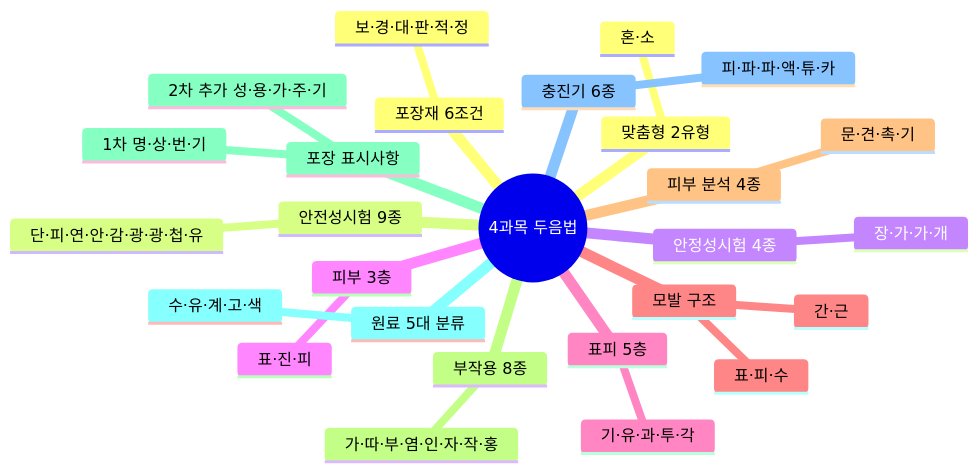
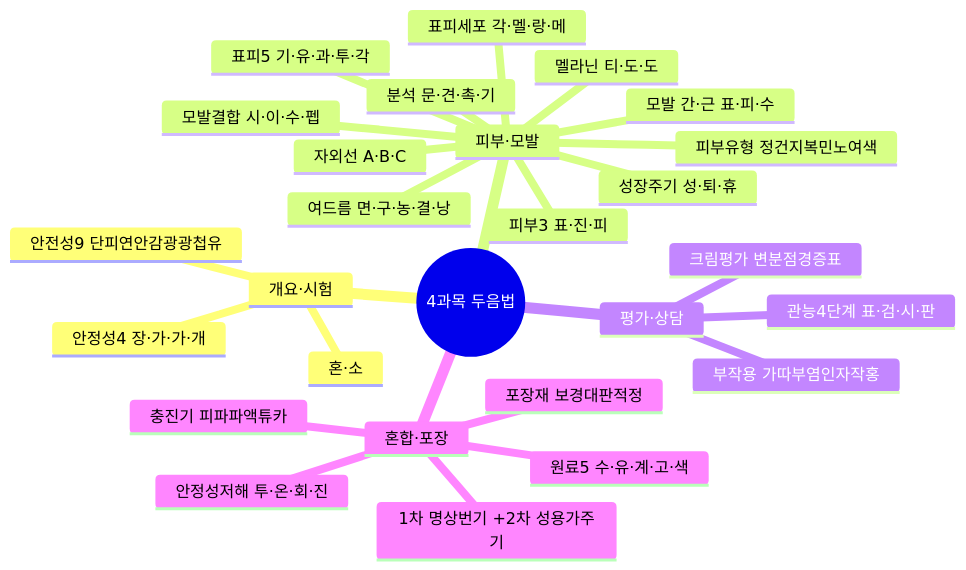
Before and after one commit to skygoldlee-cyber/Personalized_Skincare: the fourth of 5 diagrams in content/두음법_암기_총정리.md, drawn with Mermaid. The commit also changed other lines of this file and 1 other file, not shown here.

````diff
--- a/content/두음법_암기_총정리.md
+++ b/content/두음법_암기_총정리.md
@@ -128,30 +142,30 @@
 ```mermaid
 mindmap
  root((4과목 두음법))
-  맞춤형 2유형
+  개요·시험
    혼·소
-  안전성시험 9종
-   단·피·연·안·감·광·광·첩·유
-  안정성시험 4종
-   장·가·가·개
-  피부 3층
-   표·진·피
-  표피 5층
-   기·유·과·투·각
-  모발 구조
-   간·근
-   표·피·수
-  피부 분석 4종
-   문·견·촉·기
-  부작용 8종
-   가·따·부·염·인·자·작·홍
-  포장 표시사항
-   1차 명·상·번·기
-   2차 추가 성·용·가·주·기
-  원료 5대 분류
-   수·유·계·고·색
-  충진기 6종
-   피·파·파·액·튜·카
-  포장재 6조건
-   보·경·대·판·적·정
+   안전성9 단피연안감광광첩유
+   안정성4 장·가·가·개
+  피부·모발
+   피부3 표·진·피
+   표피5 기·유·과·투·각
+   표피세포 각·멜·랑·메
+   모발 간·근 표·피·수
+   모발결합 시·이·수·펩
+   성장주기 성·퇴·휴
+   자외선 A·B·C
+   멜라닌 티·도·도
+   피부유형 정건지복민노여색
+   분석 문·견·촉·기
+   여드름 면·구·농·결·낭
+  평가·상담
+   관능4단계 표·검·시·판
+   크림평가 변분점경증표
+   부작용 가따부염인자작홍
+  혼합·포장
+   1차 명상번기 +2차 성용가주기
+   원료5 수·유·계·고·색
+   안정성저해 투·온·회·진
+   충진기 피파파액튜카
+   포장재 보경대판적정
 ```
````
